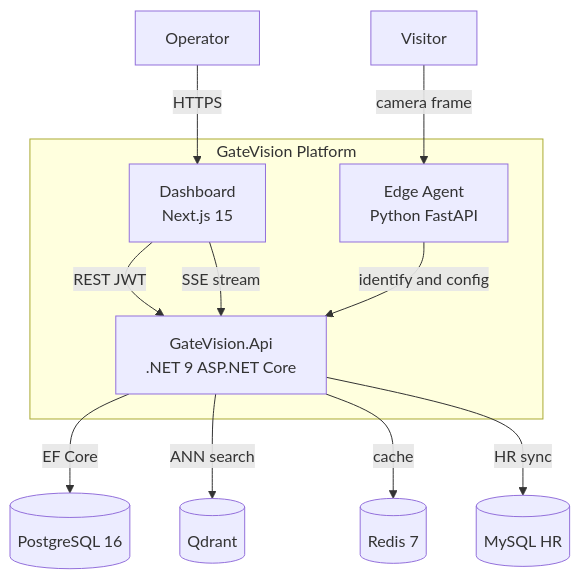
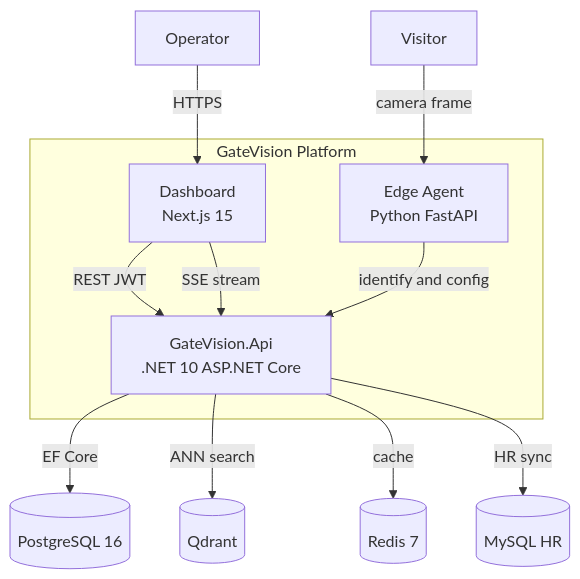
The diagram in docs/architecture/c4-container.md (wahidrezgui/Face_recognition), drawn with Mermaid before and after one commit. The commit also changed 26 other files, not shown here.

````diff
--- a/docs/architecture/c4-container.md
+++ b/docs/architecture/c4-container.md
@@ -5,26 +5,26 @@
 ```mermaid
 flowchart TB
   operator["Operator"]
   visitor["Visitor"]
 
   subgraph platform [GateVision Platform]
     dashboard["Dashboard<br/>Next.js 15"]
-    api["GateVision.Api<br/>.NET 9 ASP.NET Core"]
+    api["GateVision.Api<br/>.NET 10 ASP.NET Core"]
     agent["Edge Agent<br/>Python FastAPI"]
   end
 
   postgres[("PostgreSQL 16")]
   qdrant[("Qdrant")]
   redis[("Redis 7")]
   mysql[("MySQL HR")]
 
   operator -->|"HTTPS"| dashboard
   visitor -->|"camera frame"| agent
   dashboard -->|"REST JWT"| api
   dashboard -->|"SSE stream"| api
   agent -->|"identify and config"| api
   api -->|"EF Core"| postgres
   api -->|"ANN search"| qdrant
   api -->|"cache"| redis
   api -->|"HR sync"| mysql
 ```
````
